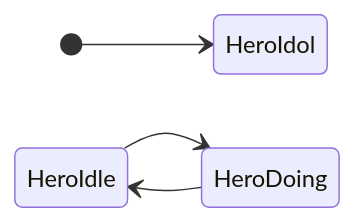
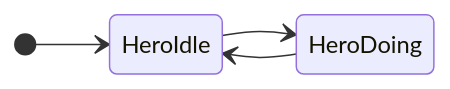
Before and after one commit to nowsprinting/RoguelikeTDD: the diagram in README.md, drawn with Mermaid.

````diff
--- a/README.md
+++ b/README.md
@@ -69,8 +69,8 @@
 ```mermaid
 stateDiagram-v2
     direction LR
 
-    [*] --> HeroIdol
+    [*] --> HeroIdle
     HeroIdle --> HeroDoing
     HeroDoing --> HeroIdle
 ```
````
